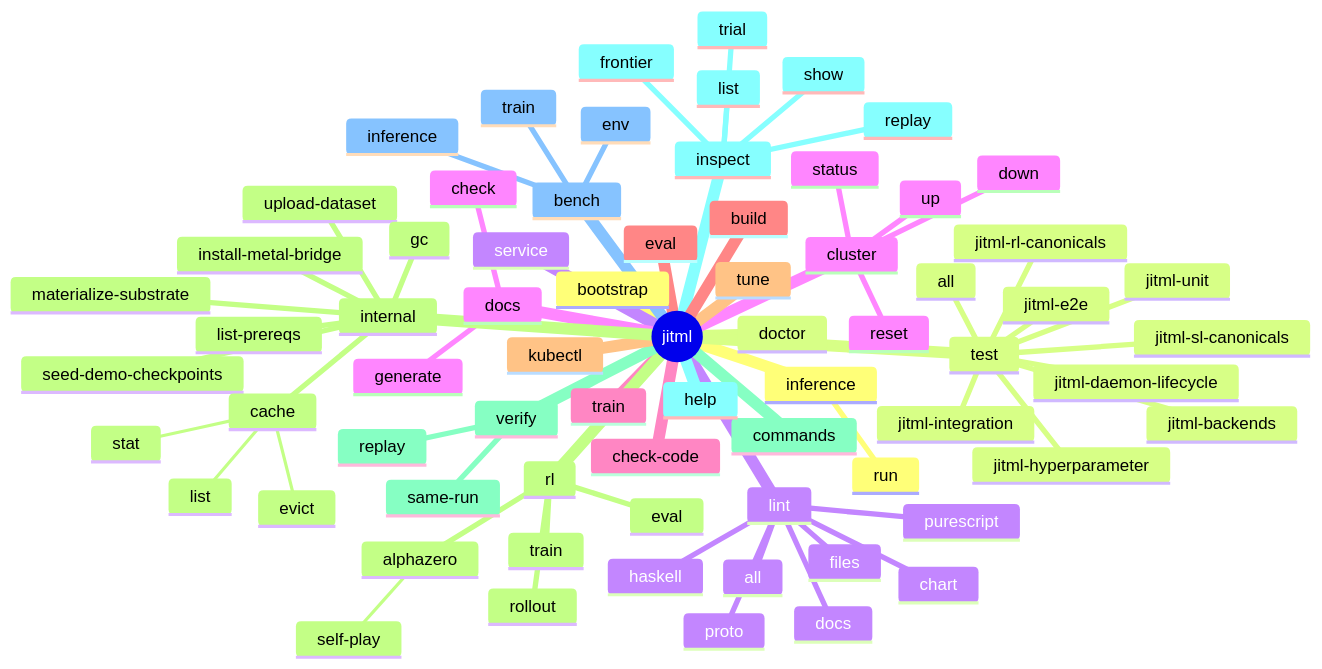
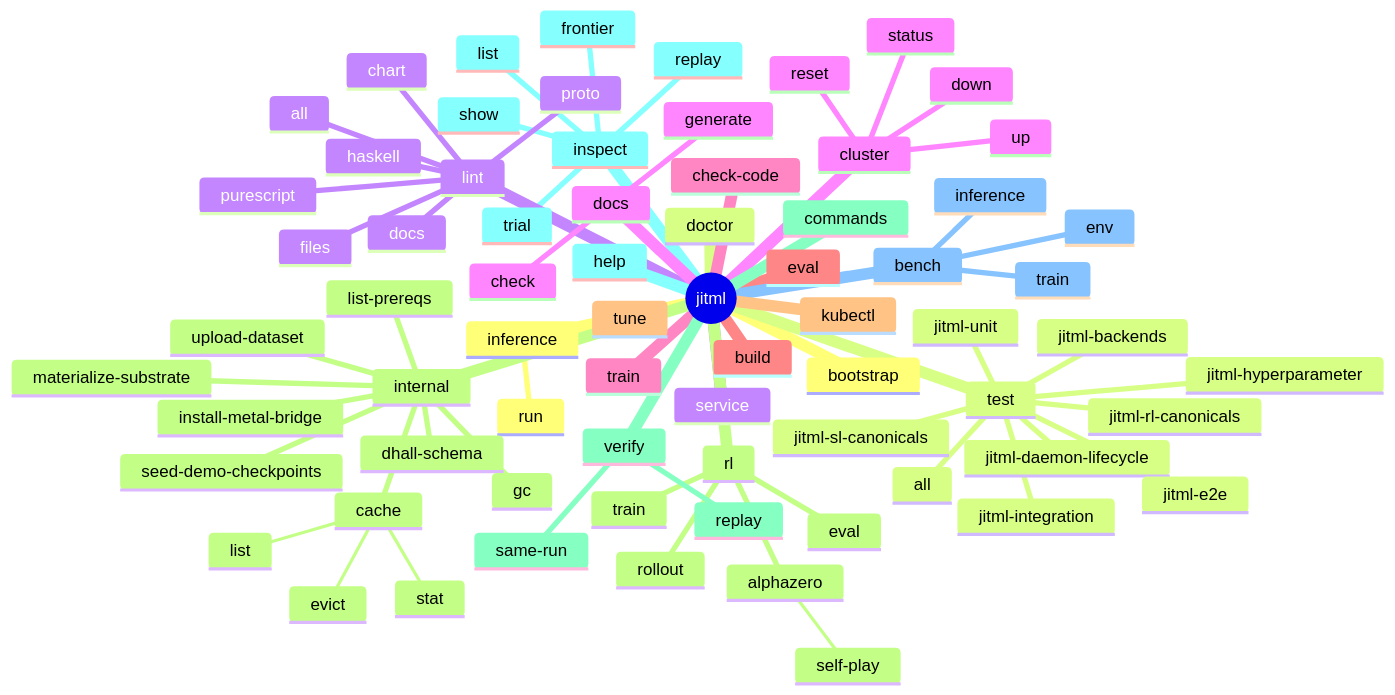
Before and after one commit to Tuee22/jitML: the first of 4 diagrams in README.md, drawn with Mermaid. The commit also changed other lines of this file and 55 other files, not shown here.

````diff
--- a/README.md
+++ b/README.md
@@ -805,73 +805,74 @@
 ```mermaid
 mindmap
   root((jitml))
     bootstrap
     doctor
     service
     cluster
       up
       down
       status
       reset
     train
     eval
     tune
     rl
       train
       eval
       rollout
       alphazero
         self-play
     verify
       same-run
       replay
     inspect
       list
       show
       replay
       trial
       frontier
     bench
       train
       inference
       env
     inference
       run
     test
       all
       jitml-unit
       jitml-integration
       jitml-sl-canonicals
       jitml-rl-canonicals
       jitml-hyperparameter
       jitml-backends
       jitml-daemon-lifecycle
       jitml-e2e
     lint
       files
       docs
       proto
       chart
       haskell
       purescript
       all
     docs
       check
       generate
     check-code
     build
     kubectl
     internal
       materialize-substrate
       list-prereqs
       install-metal-bridge
       upload-dataset
       seed-demo-checkpoints
+      dhall-schema
       gc
       cache
         stat
         list
         evict
     commands
     help
 ```
````
